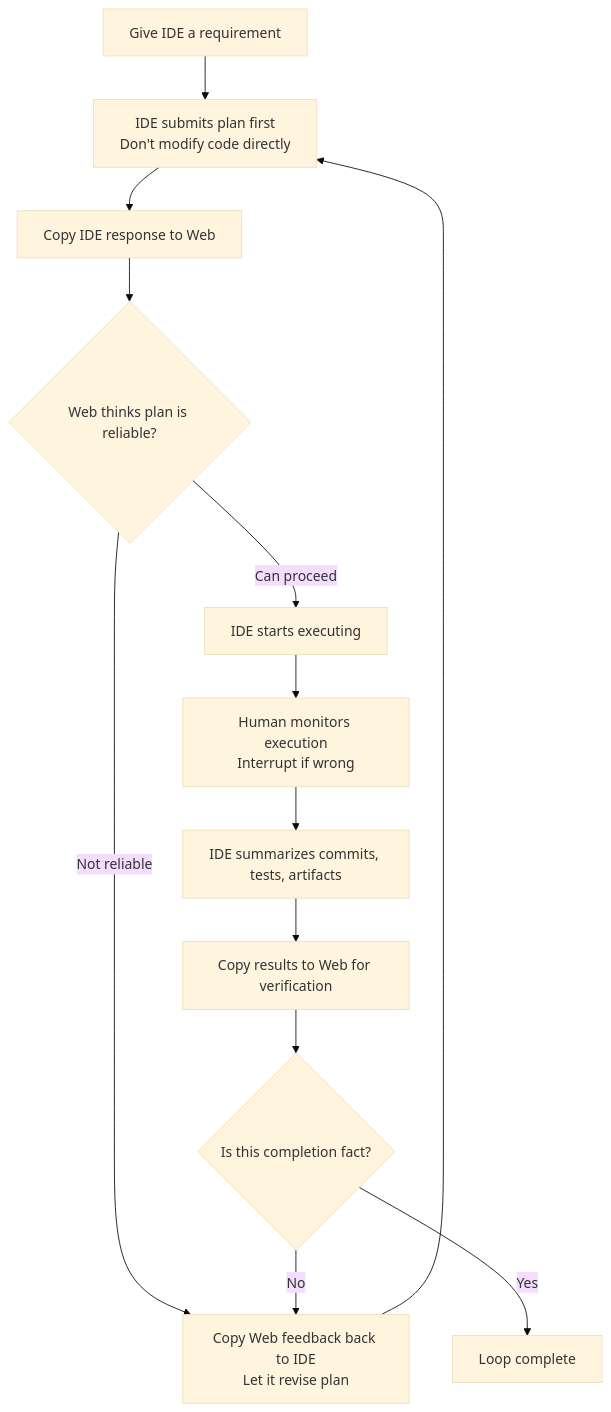
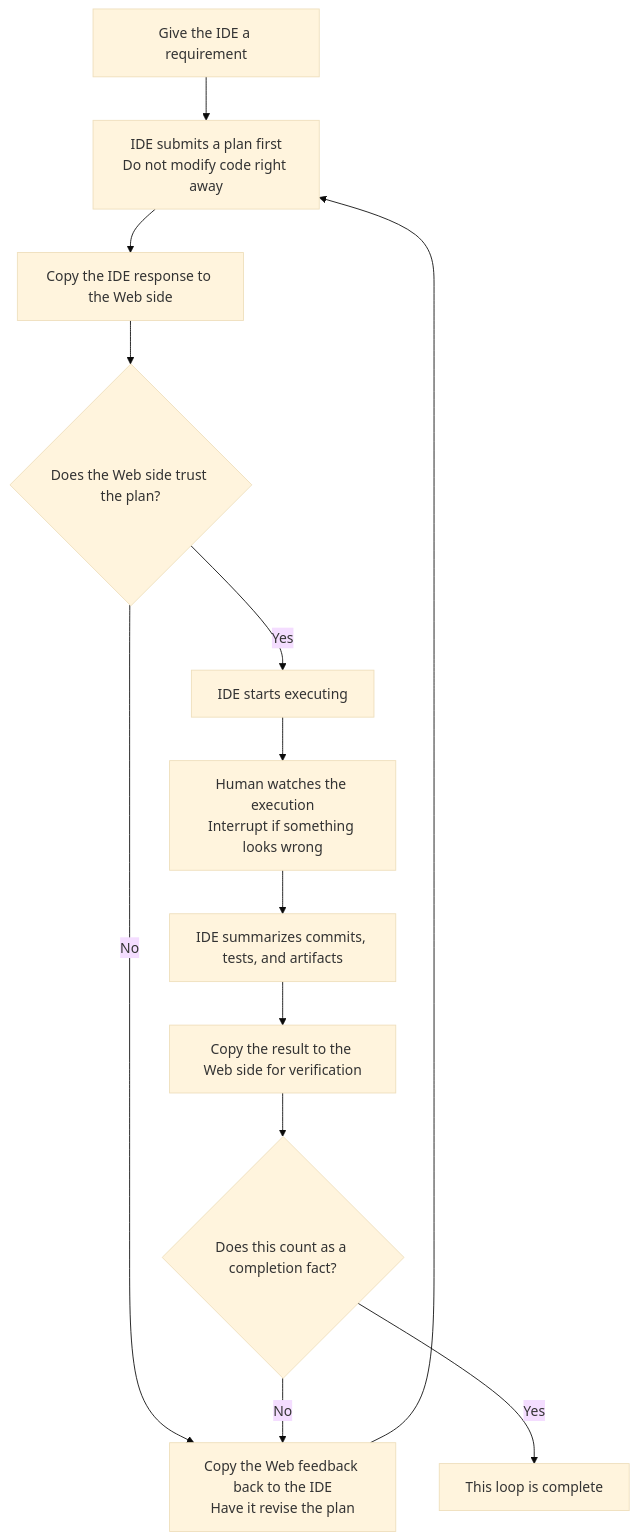
The diagram in wiki-en/02-how/minimal-loop.md (blackzhanzhan/Cyber-Ming-Protocol), drawn with Mermaid (base theme) before and after one commit. The commit also changed other lines of this file and 31 other files, not shown here.

````diff
--- a/wiki-en/02-how/minimal-loop.md
+++ b/wiki-en/02-how/minimal-loop.md
@@ -39,15 +39,15 @@
 ```mermaid
 flowchart TD
-    A[Give IDE a requirement] --> B[IDE submits plan first<br/>Don't modify code directly]
-    B --> C[Copy IDE response to Web]
-    C --> D{Web thinks plan is reliable?}
-    D -- Not reliable --> E[Copy Web feedback back to IDE<br/>Let it revise plan]
+    A[Give the IDE a requirement] --> B[IDE submits a plan first<br/>Do not modify code right away]
+    B --> C[Copy the IDE response to the Web side]
+    C --> D{Does the Web side trust the plan?}
+    D -- No --> E[Copy the Web feedback back to the IDE<br/>Have it revise the plan]
     E --> B
-    D -- Can proceed --> F[IDE starts executing]
-    F --> G[Human monitors execution<br/>Interrupt if wrong]
-    G --> H[IDE summarizes commits, tests, artifacts]
-    H --> I[Copy results to Web for verification]
-    I --> J{Is this completion fact?}
+    D -- Yes --> F[IDE starts executing]
+    F --> G[Human watches the execution<br/>Interrupt if something looks wrong]
+    G --> H[IDE summarizes commits, tests, and artifacts]
+    H --> I[Copy the result to the Web side for verification]
+    I --> J{Does this count as a completion fact?}
     J -- No --> E
-    J -- Yes --> K[Loop complete]
+    J -- Yes --> K[This loop is complete]
 ```
````
